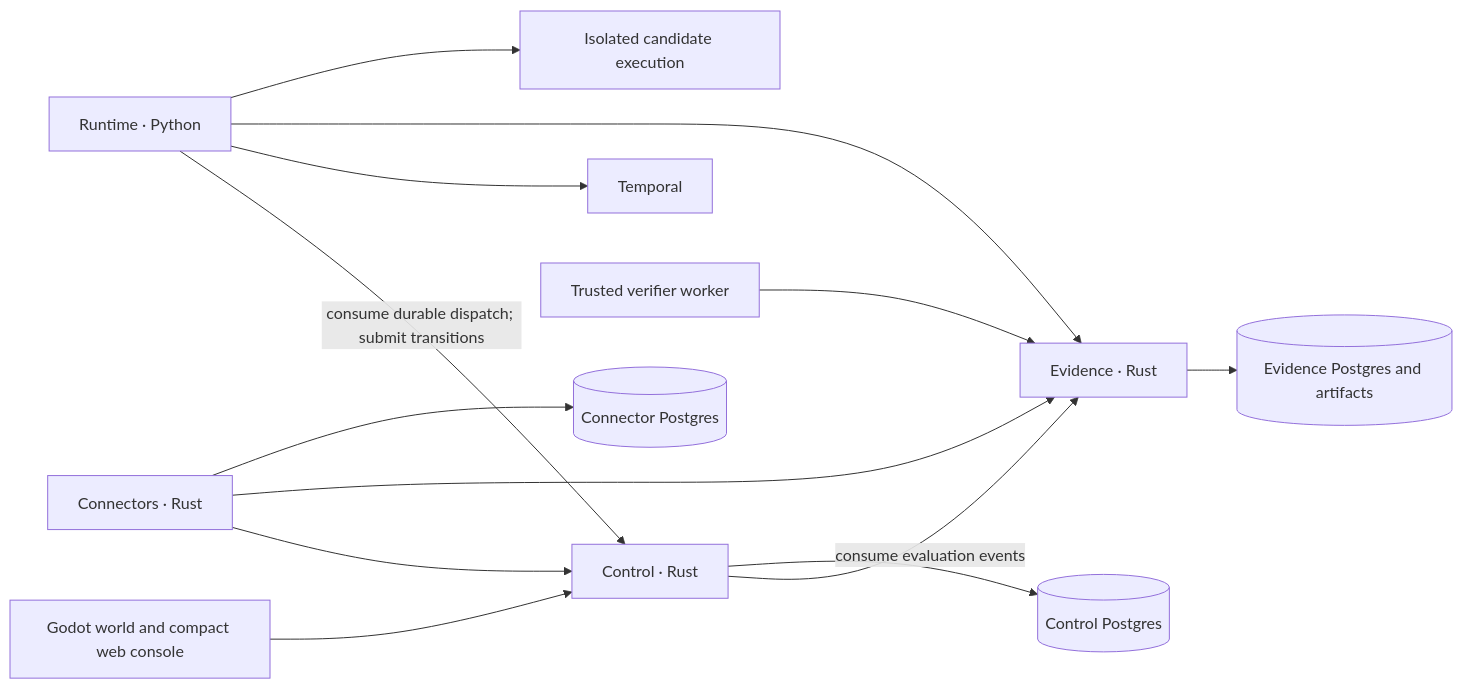
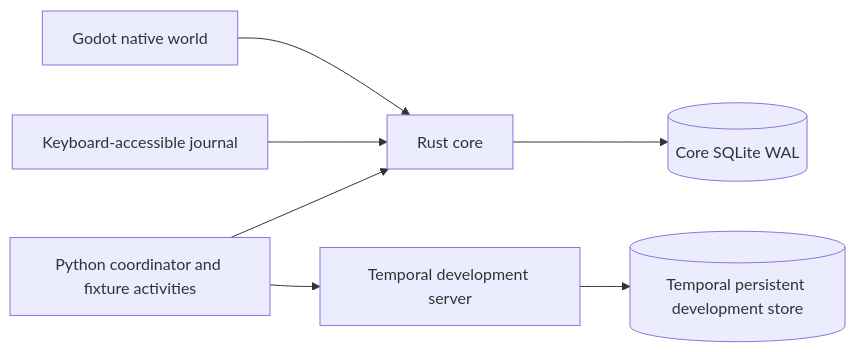
The diagram in docs/architecture.md (X-McKay/Starbase2), drawn with Mermaid before and after one commit. The commit also changed other lines of this file and 1260 other files, not shown here.

````diff
--- a/docs/architecture.md
+++ b/docs/architecture.md
@@ -30,15 +24,9 @@
 ```mermaid
 flowchart LR
-    UI[Godot world and compact web console] --> C[Control · Rust]
-    K[Connectors · Rust] --> C
-    R[Runtime · Python] -->|consume durable dispatch; submit transitions| C
-    R --> T[Temporal]
-    R --> E[Evidence · Rust]
-    K --> E
-    C -->|consume evaluation events| E
-    R --> S[Isolated candidate execution]
-    V[Trusted verifier worker] --> E
-    C --> CP[(Control Postgres)]
-    K --> KP[(Connector Postgres)]
-    E --> EP[(Evidence Postgres and artifacts)]
+    G[Godot native world] --> C[Rust core]
+    J[Keyboard-accessible journal] --> C
+    P[Python coordinator and fixture activities] --> C
+    P --> T[Temporal development server]
+    C --> S[(Core SQLite WAL)]
+    T --> H[(Temporal persistent development store)]
 ```
````
